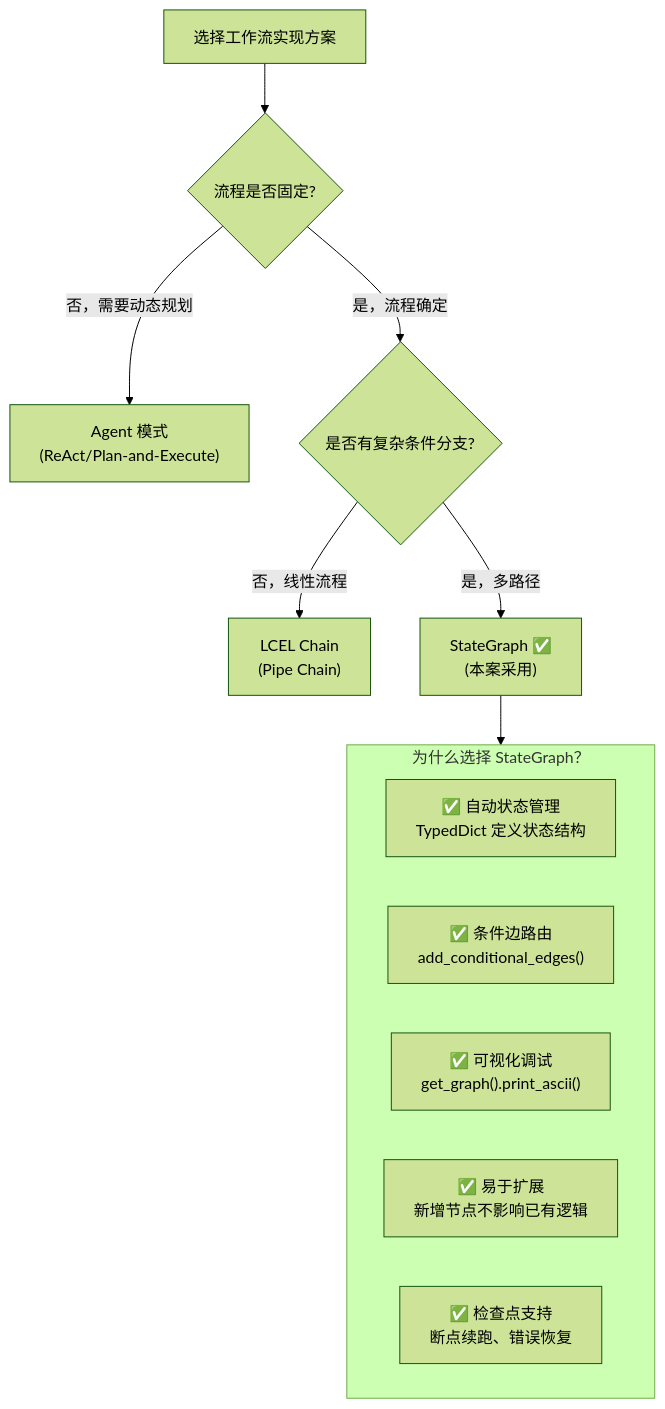
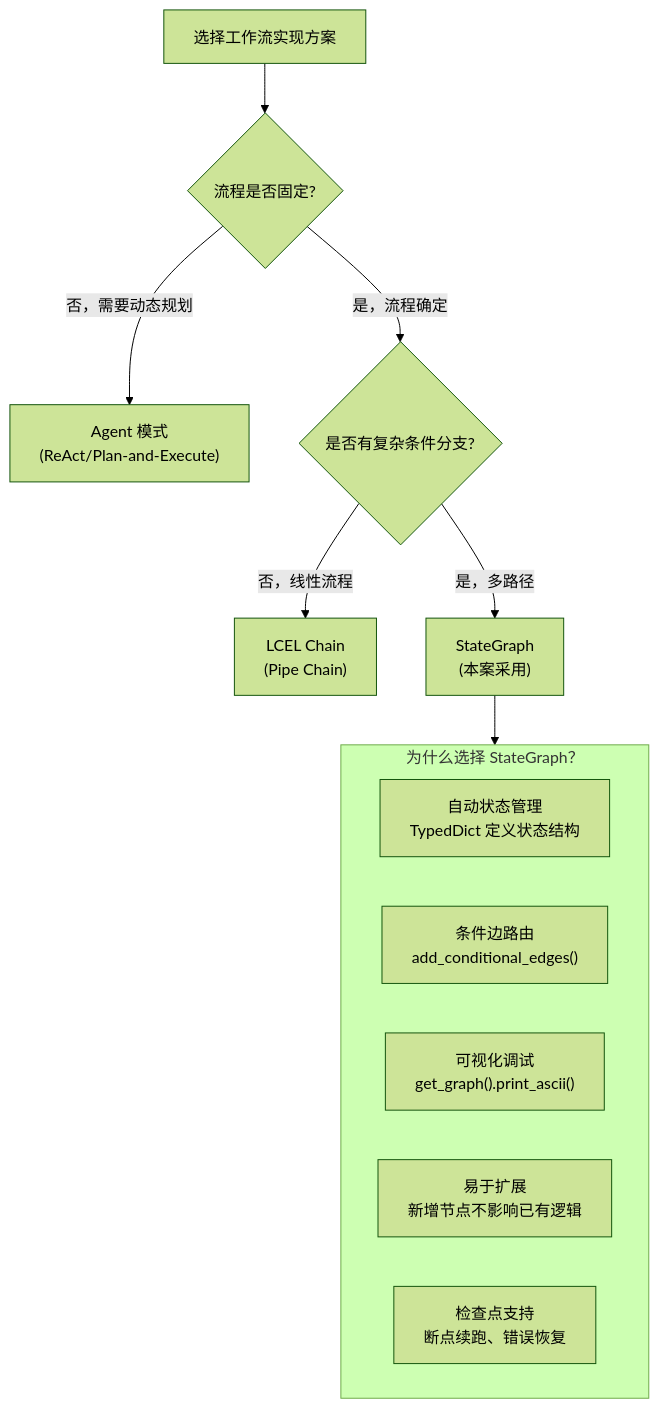
Before and after one commit to xt765/UMU-Sales-Trainer: the sixth of 15 diagrams in README.md, drawn with Mermaid (forest theme). The commit also changed other lines of this file and 3 other files, not shown here.

Commit message:
docs: 修复技术栈全景图布局 - 子图垂直堆叠 + 去除emoji

````diff
--- a/README.md
+++ b/README.md
@@ -315,20 +315,20 @@
 ```mermaid
 flowchart TD
     Start["选择工作流实现方案"] --> Q1{"流程是否固定?"}
     
     Q1 -->|"否，需要动态规划"| Agent["Agent 模式<br>(ReAct/Plan-and-Execute)"]
     Q1 -->|"是，流程确定"| Q2{"是否有复杂条件分支?"}
     
     Q2 -->|"否，线性流程"| Chain["LCEL Chain<br>(Pipe Chain)"]
-    Q2 -->|"是，多路径"| StateGraph["StateGraph ✅<br>(本案采用)"]
+    Q2 -->|"是，多路径"| StateGraph["StateGraph<br>(本案采用)"]
     
     subgraph WhyStateGraph["为什么选择 StateGraph？"]
-        R1["✅ 自动状态管理<br>TypedDict 定义状态结构"]
-        R2["✅ 条件边路由<br>add_conditional_edges()"]
-        R3["✅ 可视化调试<br>get_graph().print_ascii()"]
-        R4["✅ 易于扩展<br>新增节点不影响已有逻辑"]
-        R5["✅ 检查点支持<br>断点续跑、错误恢复"]
+        R1["自动状态管理<br>TypedDict 定义状态结构"]
+        R2["条件边路由<br>add_conditional_edges()"]
+        R3["可视化调试<br>get_graph().print_ascii()"]
+        R4["易于扩展<br>新增节点不影响已有逻辑"]
+        R5["检查点支持<br>断点续跑、错误恢复"]
     end
     
     StateGraph --> WhyStateGraph
 ```
````
